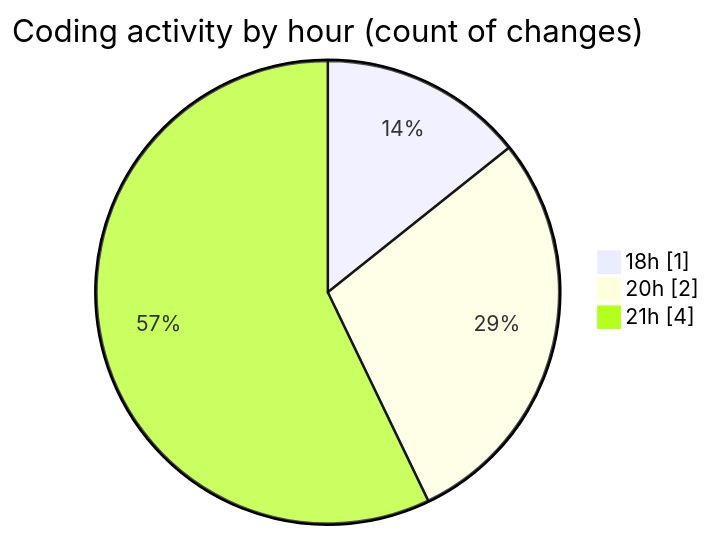
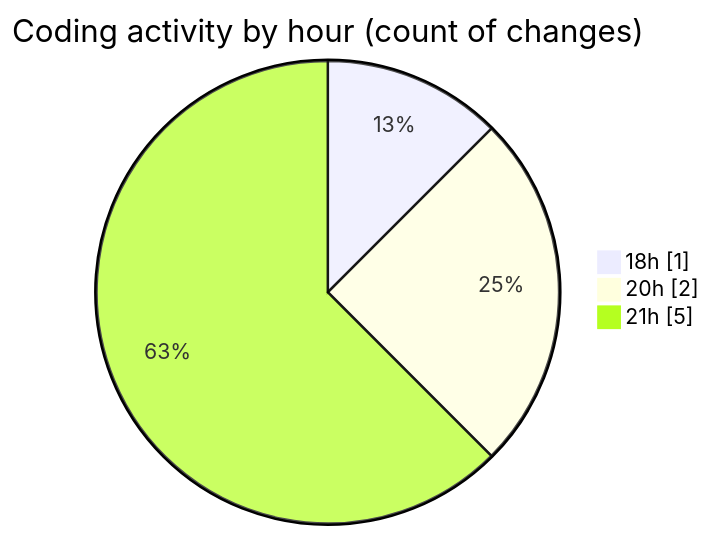
Before and after one commit to NitaiMahat/code-tracking: the second of 2 diagrams in 2025-02-27/project1/README.md, drawn with Mermaid. The commit also changed other lines of this file and 1 other file, not shown here.

````diff
--- a/2025-02-27/project1/README.md
+++ b/2025-02-27/project1/README.md
@@ -28,7 +28,7 @@
 ```mermaid
 pie showData
 title Coding activity by hour (count of changes)
 "18h" : 1
 "20h" : 2
-"21h" : 4
+"21h" : 5
 ```
````
